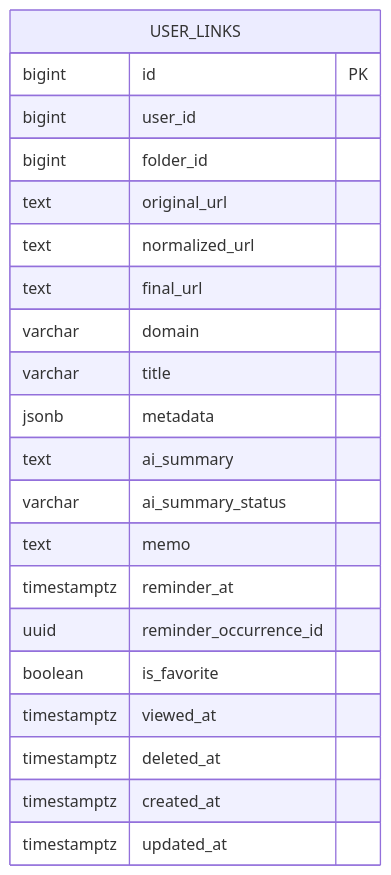
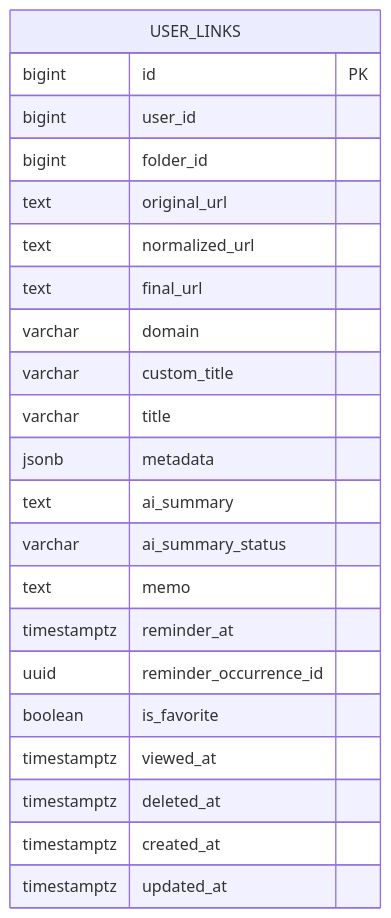
The diagram in docs/database/tables/user_links.md (mash-up-kr/Promise.9-Server), drawn with Mermaid before and after one commit. The commit also changed other lines of this file and 19 other files, not shown here.

````diff
--- a/docs/database/tables/user_links.md
+++ b/docs/database/tables/user_links.md
@@ -7,24 +7,25 @@
 ```mermaid
 erDiagram
   USER_LINKS {
     bigint id PK
     bigint user_id
     bigint folder_id
     text original_url
     text normalized_url
     text final_url
     varchar domain
+    varchar custom_title
     varchar title
     jsonb metadata
     text ai_summary
     varchar ai_summary_status
     text memo
     timestamptz reminder_at
     uuid reminder_occurrence_id
     boolean is_favorite
     timestamptz viewed_at
     timestamptz deleted_at
     timestamptz created_at
     timestamptz updated_at
   }
 ```
````
